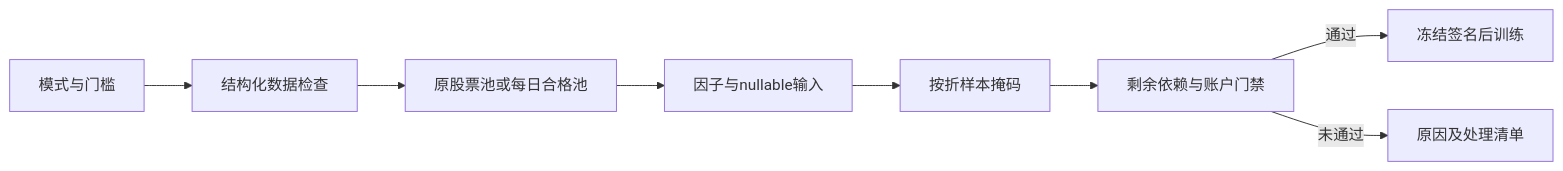
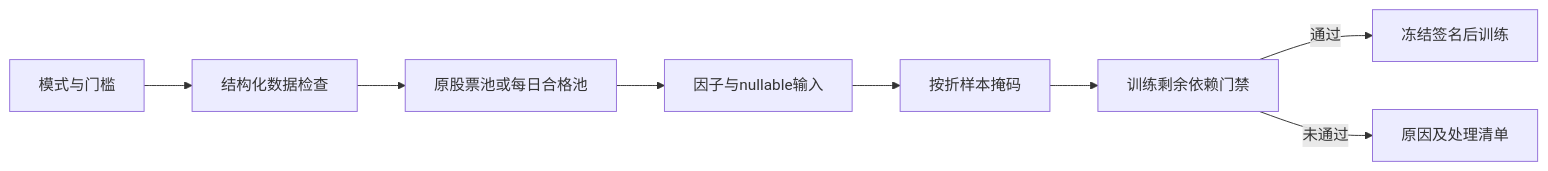
The third of 4 diagrams in crates/ml/src/README.md (Dennishaha/JFQuant), drawn with Mermaid before and after one commit. The commit also changed other lines of this file and 71 other files, not shown here.

````diff
--- a/crates/ml/src/README.md
+++ b/crates/ml/src/README.md
@@ -109,10 +109,10 @@
 ```mermaid
 flowchart LR
   P[模式与门槛] --> C[结构化数据检查]
   C --> U[原股票池或每日合格池]
   U --> F[因子与nullable输入]
   F --> M[按折样本掩码]
-  M --> G[剩余依赖与账户门禁]
+  M --> G[训练剩余依赖门禁]
   G -->|通过| T[冻结签名后训练]
   G -->|未通过| E[原因及处理清单]
 ```
````
